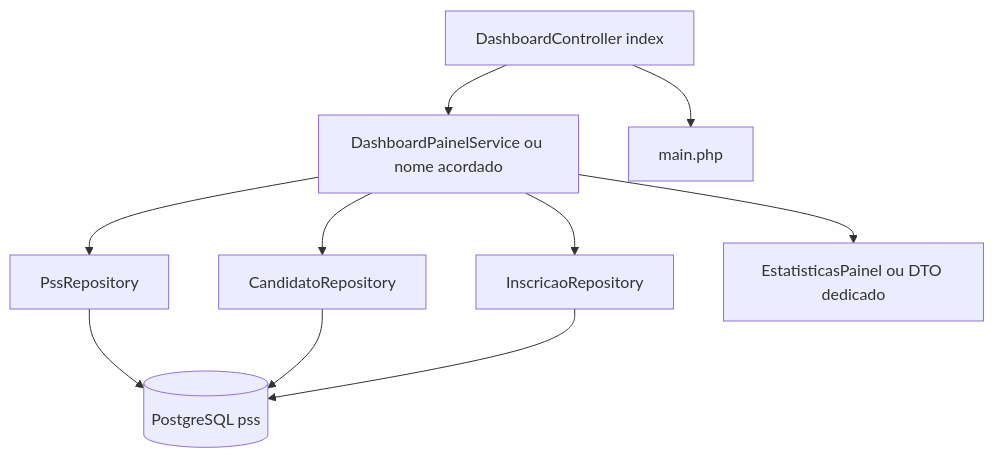
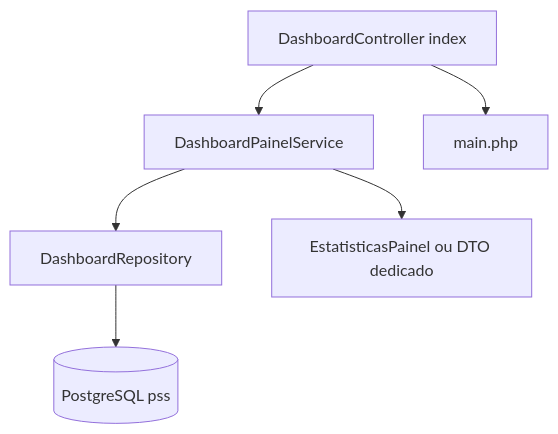
Before and after one commit to ibonescavalcante/SGPSSADM: the diagram in .cursor/plans/dashboard-main-dados-bd.plan.md, drawn with Mermaid. The commit also changed other lines of this file and 11 other files, not shown here.

````diff
--- a/.cursor/plans/dashboard-main-dados-bd.plan.md
+++ b/.cursor/plans/dashboard-main-dados-bd.plan.md
@@ -47,20 +48,14 @@
 ```mermaid
 flowchart TB
   DC[DashboardController index]
-  DS[DashboardPainelService ou nome acordado]
-  PR[PssRepository]
-  CR[CandidatoRepository]
-  IR[InscricaoRepository]
+  DS[DashboardPainelService]
+  DR[DashboardRepository]
   DTO[EstatisticasPainel ou DTO dedicado]
   V[main.php]
   DB[(PostgreSQL pss)]
   DC --> DS
-  DS --> PR
-  DS --> CR
-  DS --> IR
+  DS --> DR
   DS --> DTO
   DC --> V
-  PR --> DB
-  CR --> DB
-  IR --> DB
+  DR --> DB
 ```
````
